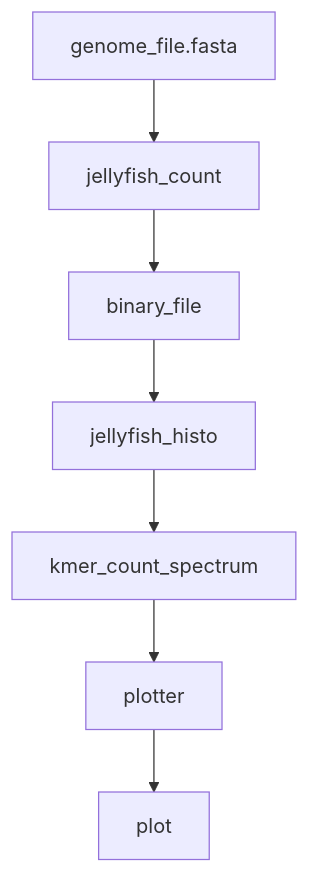
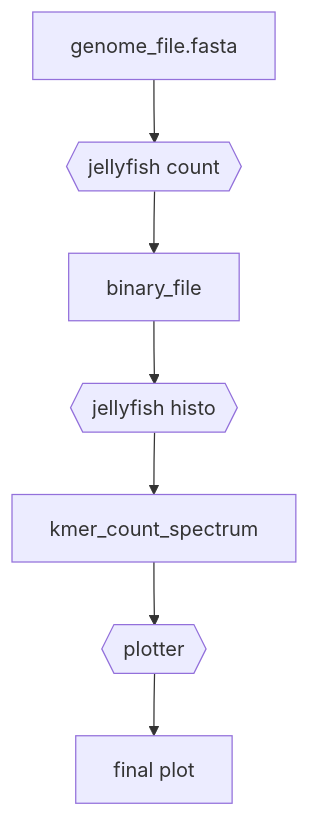
Before and after one commit to mahmudhera/snakemake-tutorial: the diagram in README.md, drawn with Mermaid.

Commit message:
edited pipeline

````diff
--- a/README.md
+++ b/README.md
@@ -35,9 +35,9 @@
 ```mermaid
 graph TD;
-    genome_file.fasta-->jellyfish_count;
-    jellyfish_count-->binary_file;
-    binary_file-->jellyfish_histo;
-    jellyfish_histo-->kmer_count_spectrum;
-    kmer_count_spectrum-->plotter;
-    plotter-->plot;
+    A[genome_file.fasta]-->B{{jellyfish count}};
+    B-->C[binary_file];
+    C-->D{{jellyfish histo}};
+    D-->E[kmer_count_spectrum];
+    E-->F{{plotter}};
+    F-->G[final plot];
 ```
````
